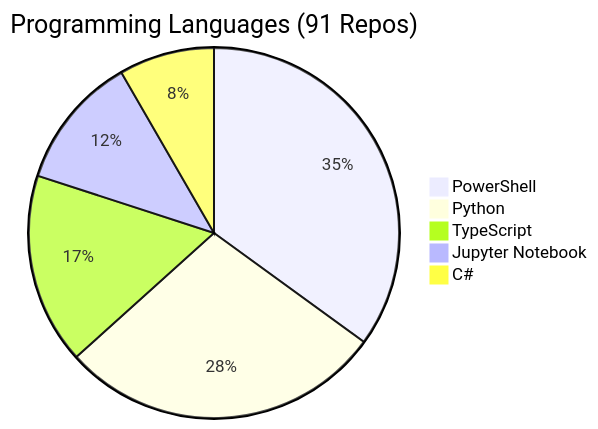
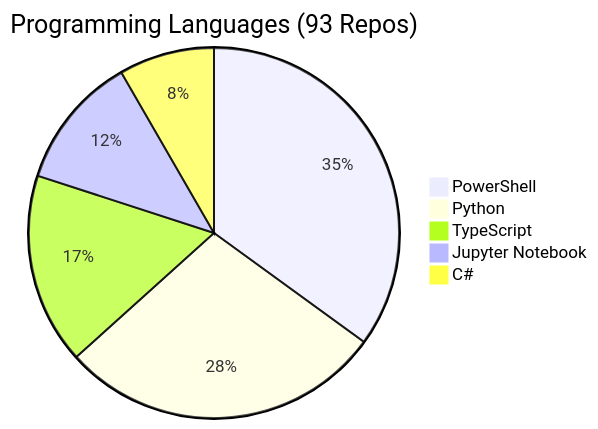
The diagram in REPOS.md (fabioc-aloha/fabioc-aloha), drawn with Mermaid before and after one commit. The commit also changed other lines of this file and 1 other file, not shown here.

````diff
--- a/REPOS.md
+++ b/REPOS.md
@@ -134,8 +136,8 @@
 ```mermaid
-pie title Programming Languages (91 Repos)
+pie title Programming Languages (93 Repos)
     "PowerShell" : 21
     "Python" : 17
     "TypeScript" : 10
     "Jupyter Notebook" : 7
     "C#" : 5
 ```
````
